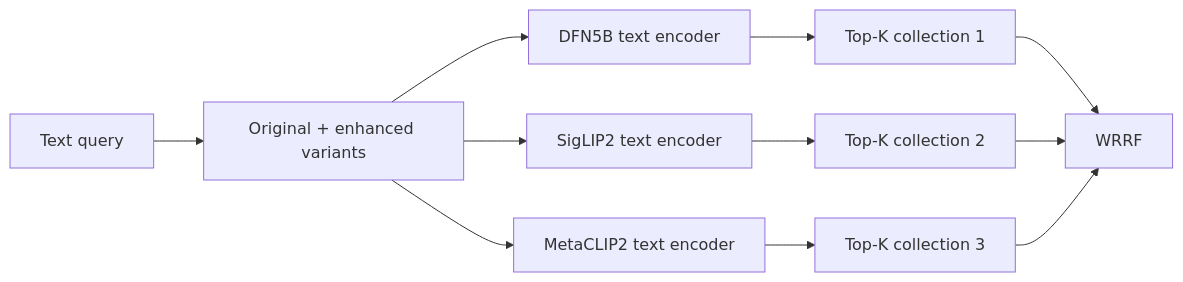
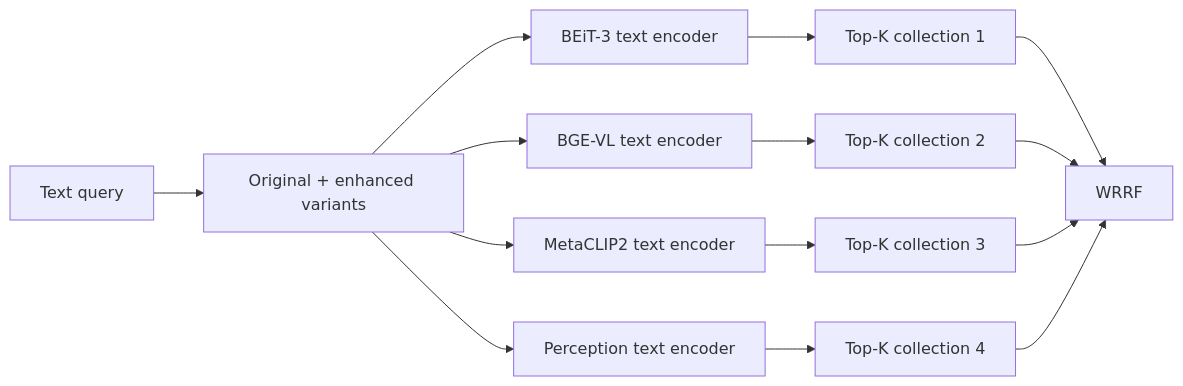
Before and after one commit to SunnyYeahBoiii/AI-Challenge-2026: the third of 3 diagrams in docs/bao-cao-inference-ensemble.md, drawn with Mermaid. The commit also changed other lines of this file and 29 other files, not shown here.

````diff
--- a/docs/bao-cao-inference-ensemble.md
+++ b/docs/bao-cao-inference-ensemble.md
@@ -260,13 +270,16 @@
 ```mermaid
 flowchart LR
     Q["Text query"] --> V["Original + enhanced variants"]
-    V --> M1["DFN5B text encoder"]
-    V --> M2["SigLIP2 text encoder"]
+    V --> M1["BEiT-3 text encoder"]
+    V --> M2["BGE-VL text encoder"]
     V --> M3["MetaCLIP2 text encoder"]
+    V --> M4["Perception text encoder"]
     M1 --> S1["Top-K collection 1"]
     M2 --> S2["Top-K collection 2"]
     M3 --> S3["Top-K collection 3"]
+    M4 --> S4["Top-K collection 4"]
     S1 --> R["WRRF"]
     S2 --> R
     S3 --> R
+    S4 --> R
 ```
````
